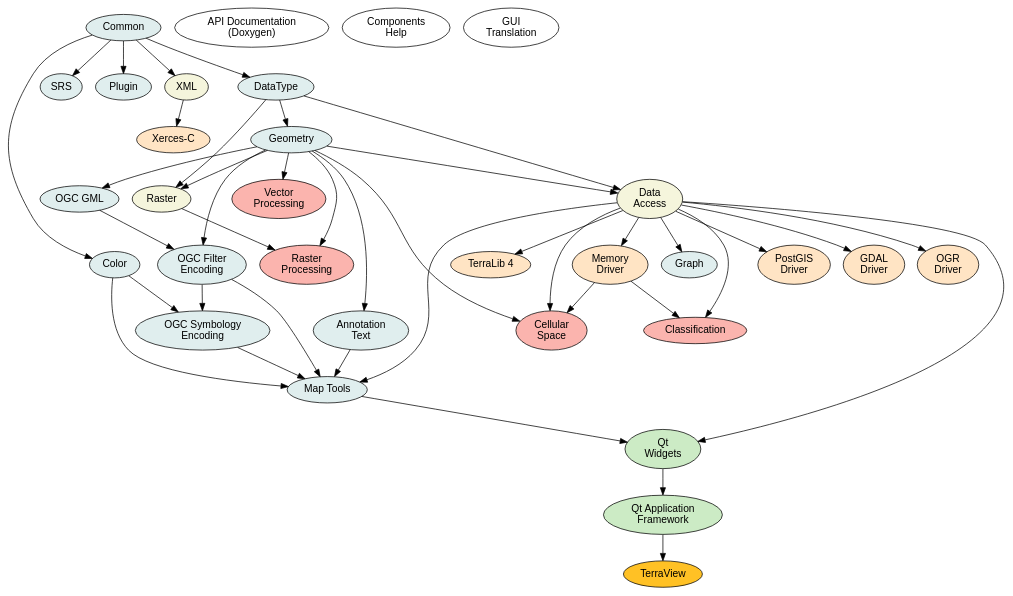
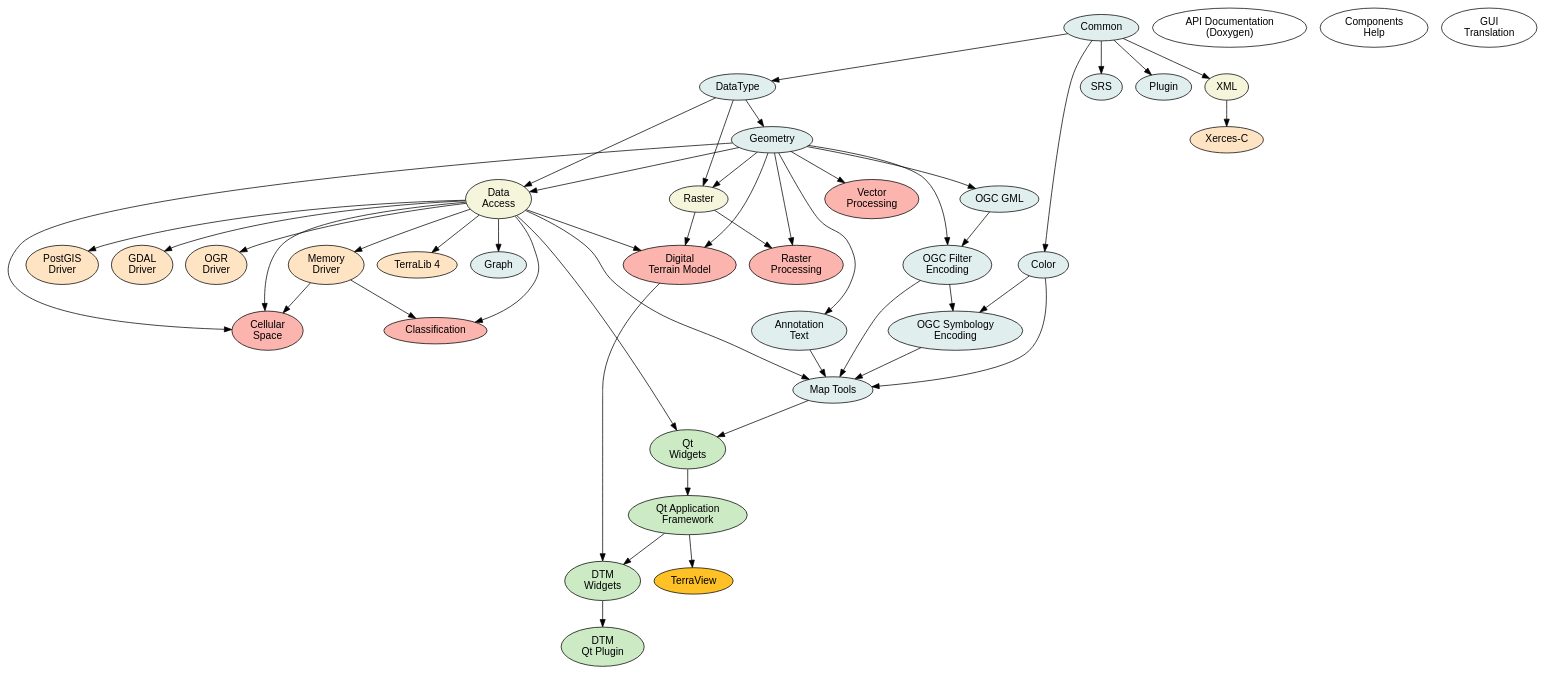
Before and after one commit to claudiobogossian/terralib5: the diagram in doc/api/terralib-modules-graph.gv, drawn with Graphviz.

Commit message:
updating libraries graph

```diff
--- a/doc/api/terralib-modules-graph.gv
+++ b/doc/api/terralib-modules-graph.gv
@@ -1,53 +1,60 @@
 digraph TerraLib {
     node[fontname="Helvetica"];
     annotationtext -> { maptools };
     color -> { maptools; symbology };
     common -> { srs; plugin; xml; datatype; color };
-    dataaccess -> { postgis; gdal; ogr; memory; terralib4; qt_widgets; cellspace; classification; maptools; te_graph };
+    dataaccess -> { postgis; gdal; ogr; memory; terralib4; qt_widgets; cellspace; classification; maptools; te_graph; mnt_core };
     datatype -> { geometry; raster; dataaccess };
     doxygen;
     filter -> { maptools; symbology }
-    geometry -> { raster; dataaccess; vp; rp; annotationtext; cellspace; filter; gml };
+    geometry -> { raster; dataaccess; vp; rp; annotationtext; cellspace; filter; gml; mnt_core };
     gml -> { filter }
     maptools -> { qt_widgets };
     memory -> { cellspace; classification };
-    qt_af -> { terraview };
+    mnt_core -> { mnt_qt };
+    mnt_qt -> { mnt_qt_plugin };
+    qt_af -> { terraview; mnt_qt };
     qt_help;
     qt_translations;
     qt_widgets -> { qt_af };
-    raster -> { rp };
+    raster -> { rp; mnt_core };
     symbology -> { maptools }
     xml -> { xerces };
+
 
     annotationtext [label="Annotation\nText", color=black, fillcolor="#e0eeee", style=filled, fontcolor=black];
     cellspace [label="Cellular\nSpace", color=black, fillcolor="#fbb4ae", style=filled, fontcolor=black];
     classification [label="Classification", color=black, fillcolor="#fbb4ae", style=filled, fontcolor=black];
     color [label="Color", color=black, fillcolor="#e0eeee", style=filled, fontcolor=black];
     common [label="Common", color=black, fillcolor="#e0eeee", style=filled, fontcolor=black];
     dataaccess [label="Data\nAccess", color=black, fillcolor="#f5f5dc", style=filled, fontcolor=black];
     datatype [label="DataType", color=black, fillcolor="#e0eeee", style=filled, fontcolor=black];
     doxygen [label="API Documentation\n(Doxygen)", color=black, fillcolor="#ffffff", style=filled, fontcolor=black];
     filter [label="OGC Filter\nEncoding", color=black, fillcolor="#e0eeee", style=filled, fontcolor=black];
     gdal [label="GDAL\nDriver", color=black, fillcolor="#ffe4c4", style=filled, fontcolor=black];
     geometry [label="Geometry", color=black, fillcolor="#e0eeee", style=filled, fontcolor=black];
     te_graph [label="Graph", color=black, fillcolor="#e0eeee", style=filled, fontcolor=black];
     gml [label="OGC GML", color=black, fillcolor="#e0eeee", style=filled, fontcolor=black];
     maptools [label="Map Tools", color=black, fillcolor="#e0eeee", style=filled, fontcolor=black];
     memory [label="Memory\nDriver", color=black, fillcolor="#ffe4c4", style=filled, fontcolor=black];
+    mnt_core [label="Digital\nTerrain Model", color=black, fillcolor="#fbb4ae", style=filled, fontcolor=black];
+    mnt_qt [label="DTM\nWidgets", color=black, fillcolor="#ccebc5", style=filled, fontcolor=black];
+    mnt_qt_plugin [label="DTM\nQt Plugin", color=black, fillcolor="#ccebc5", style=filled, fontcolor=black];
     ogr [label="OGR\nDriver", color=black, fillcolor="#ffe4c4", style=filled, fontcolor=black];
     plugin [label="Plugin", color=black, fillcolor="#e0eeee", style=filled, fontcolor=black];
     postgis [label="PostGIS\nDriver", color=black, fillcolor="#ffe4c4", style=filled, fontcolor=black];
     qt_af [label="Qt Application\nFramework", color=black, fillcolor="#ccebc5", style=filled, fontcolor=black];
     qt_help [label="Components\nHelp", color=black, fillcolor="#ffffff", style=filled, fontcolor=black];
     qt_translations [label="GUI\nTranslation", color=black, fillcolor="#ffffff", style=filled, fontcolor=black];
     qt_widgets [label="Qt\nWidgets", color=black, fillcolor="#ccebc5", style=filled, fontcolor=black];
     raster [label="Raster", color=black, fillcolor="#f5f5dc", style=filled, fontcolor=black];
     rp [label="Raster\nProcessing", color=black, fillcolor="#fbb4ae", style=filled, fontcolor=black];
     srs [label="SRS", color=black, fillcolor="#e0eeee", style=filled, fontcolor=black];
     symbology [label="OGC Symbology\nEncoding", color=black, fillcolor="#e0eeee", style=filled, fontcolor=black];
     terralib4 [label="TerraLib 4", color=black, fillcolor="#ffe4c4", style=filled, fontcolor=black];
     terraview [label="TerraView", color=black, fillcolor="#ffc125", style=filled, fontcolor=black];
     vp [label="Vector\nProcessing", color=black, fillcolor="#fbb4ae", style=filled, fontcolor=black];
     xerces [label="Xerces-C", color=black, fillcolor="#ffe4c4", style=filled, fontcolor=black];
     xml [label="XML", color=black, fillcolor="#f5f5dc", style=filled, fontcolor=black];
+    
 }
```
